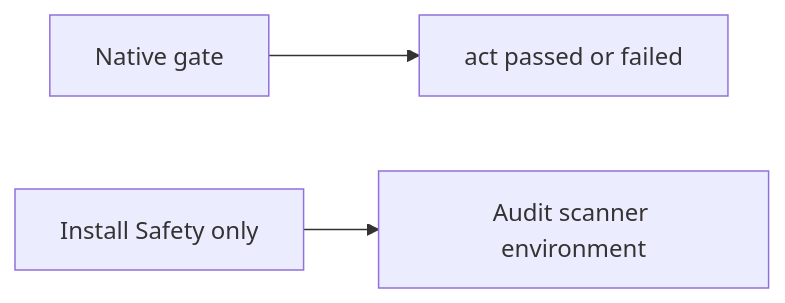
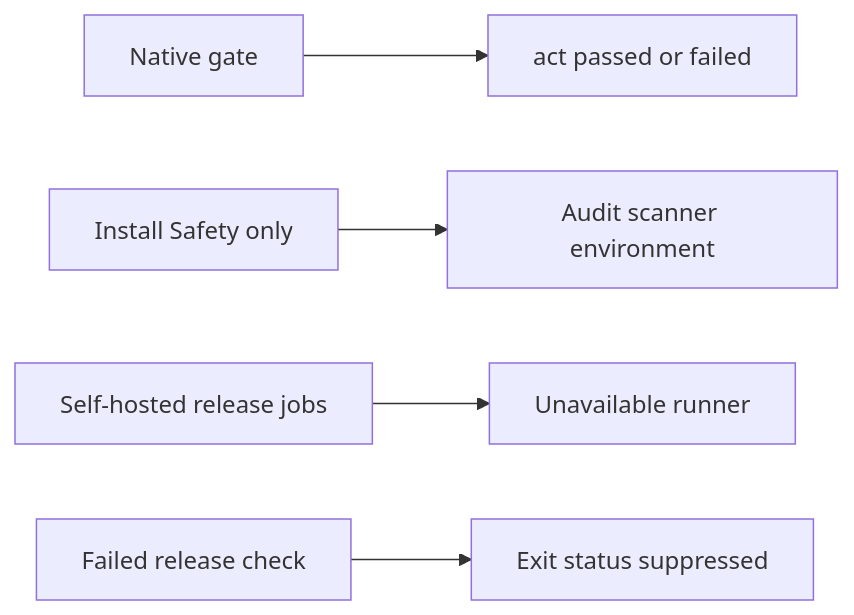
One commit to gwicho38/mcli changed the first of 2 diagrams in docs/releases/8.0.71.md. Above: the diagram before and after it, drawn with Mermaid. The commit also changed other lines of this file and 3 other files, not shown here.

````diff
--- a/docs/releases/8.0.71.md
+++ b/docs/releases/8.0.71.md
@@ -17,5 +22,7 @@
 ```mermaid
 flowchart LR
     Native[Native gate] --> Footer[act passed or failed]
     Scanner[Install Safety only] --> Audit[Audit scanner environment]
+    Release[Self-hosted release jobs] --> Queue[Unavailable runner]
+    Failed[Failed release check] --> Suppress[Exit status suppressed]
 ```
````
